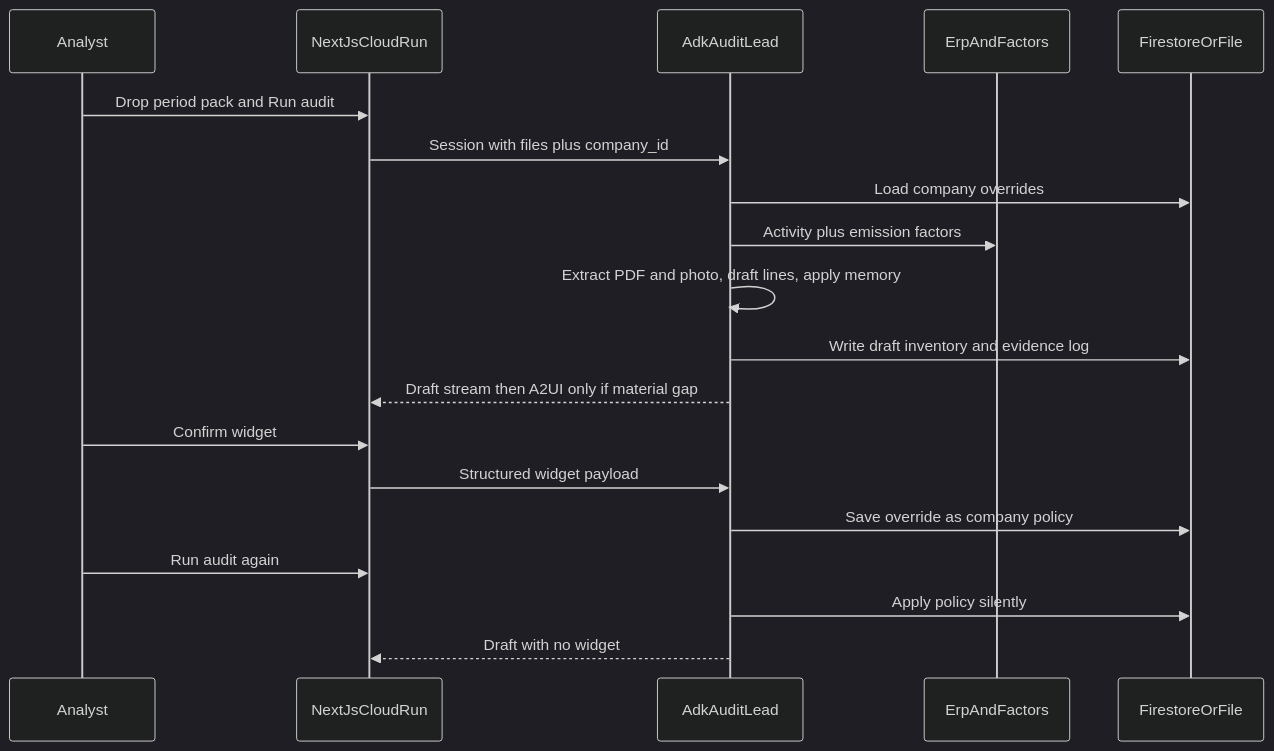
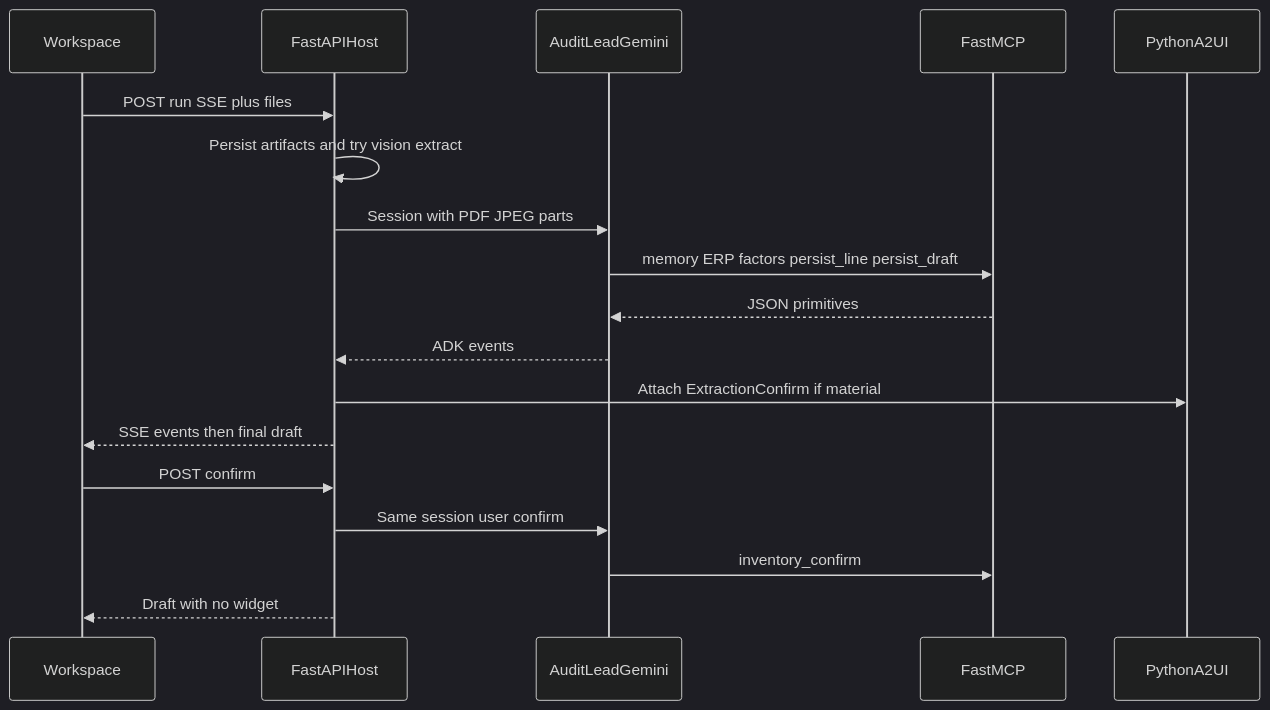
The diagram in docs/architecture.md (Mammajam/ataGoogle2026), drawn with Mermaid (dark theme) before and after one commit. The commit also changed other lines of this file and 71 other files, not shown here.

First line of the commit message:
Ship the ADK GHG-close pipeline and prepare the workspace for Vercel.

````diff
--- a/docs/architecture.md
+++ b/docs/architecture.md
@@ -5,22 +5,21 @@
 ```mermaid
 sequenceDiagram
-  participant Analyst
-  participant Web as NextJsCloudRun
-  participant Agent as AdkAuditLead
-  participant Tools as ErpAndFactors
-  participant Store as FirestoreOrFile
+  participant UI as Workspace
+  participant Host as FastAPIHost
+  participant ADK as AuditLeadGemini
+  participant MCP as FastMCP
+  participant Gate as PythonA2UI
 
-  Analyst->>Web: Drop period pack and Run audit
-  Web->>Agent: Session with files plus company_id
-  Agent->>Store: Load company overrides
-  Agent->>Tools: Activity plus emission factors
-  Agent->>Agent: Extract PDF and photo, draft lines, apply memory
-  Agent->>Store: Write draft inventory and evidence log
-  Agent-->>Web: Draft stream then A2UI only if material gap
-  Analyst->>Web: Confirm widget
-  Web->>Agent: Structured widget payload
-  Agent->>Store: Save override as company policy
-  Analyst->>Web: Run audit again
-  Agent->>Store: Apply policy silently
-  Agent-->>Web: Draft with no widget
+  UI->>Host: POST run SSE plus files
+  Host->>Host: Persist artifacts and try vision extract
+  Host->>ADK: Session with PDF JPEG parts
+  ADK->>MCP: memory ERP factors persist_line persist_draft
+  MCP-->>ADK: JSON primitives
+  ADK-->>Host: ADK events
+  Host->>Gate: Attach ExtractionConfirm if material
+  Host-->>UI: SSE events then final draft
+  UI->>Host: POST confirm
+  Host->>ADK: Same session user confirm
+  ADK->>MCP: inventory_confirm
+  Host-->>UI: Draft with no widget
 ```
````
